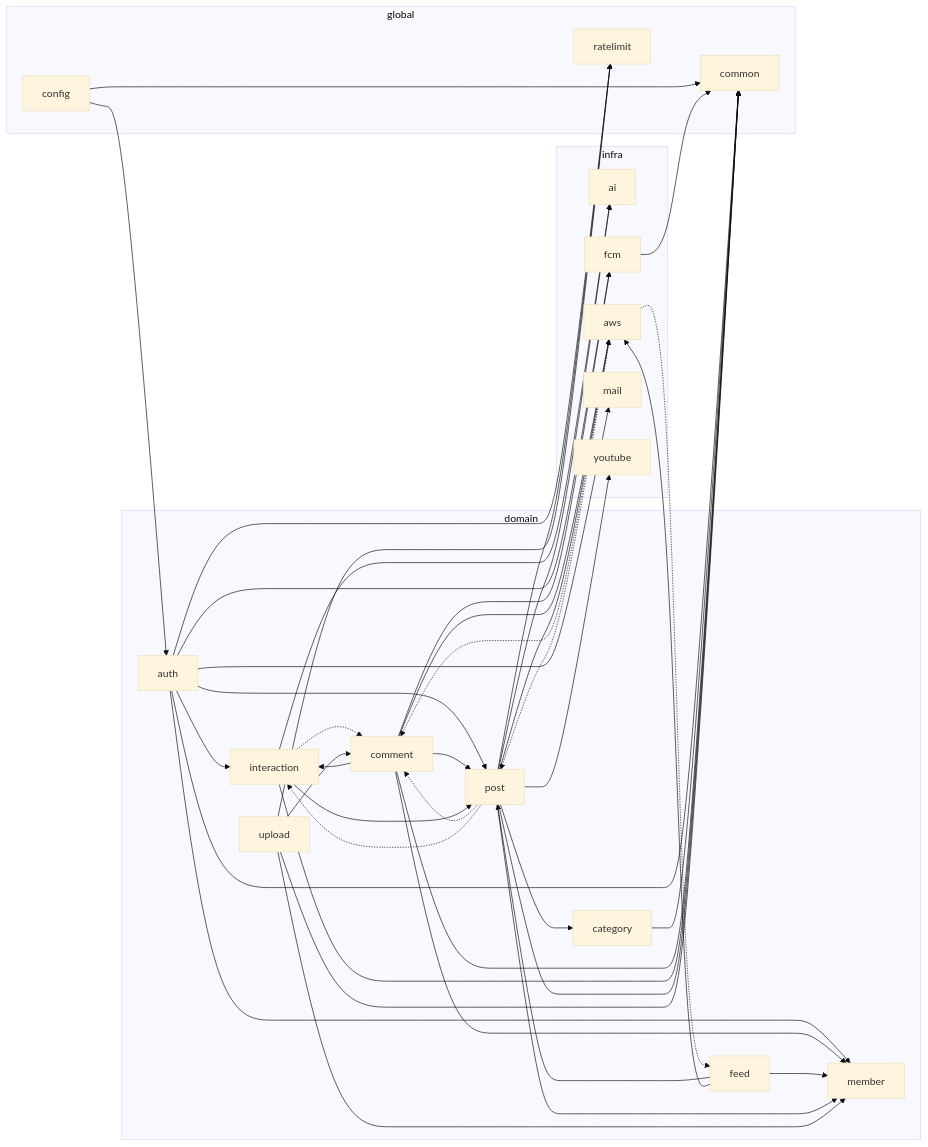
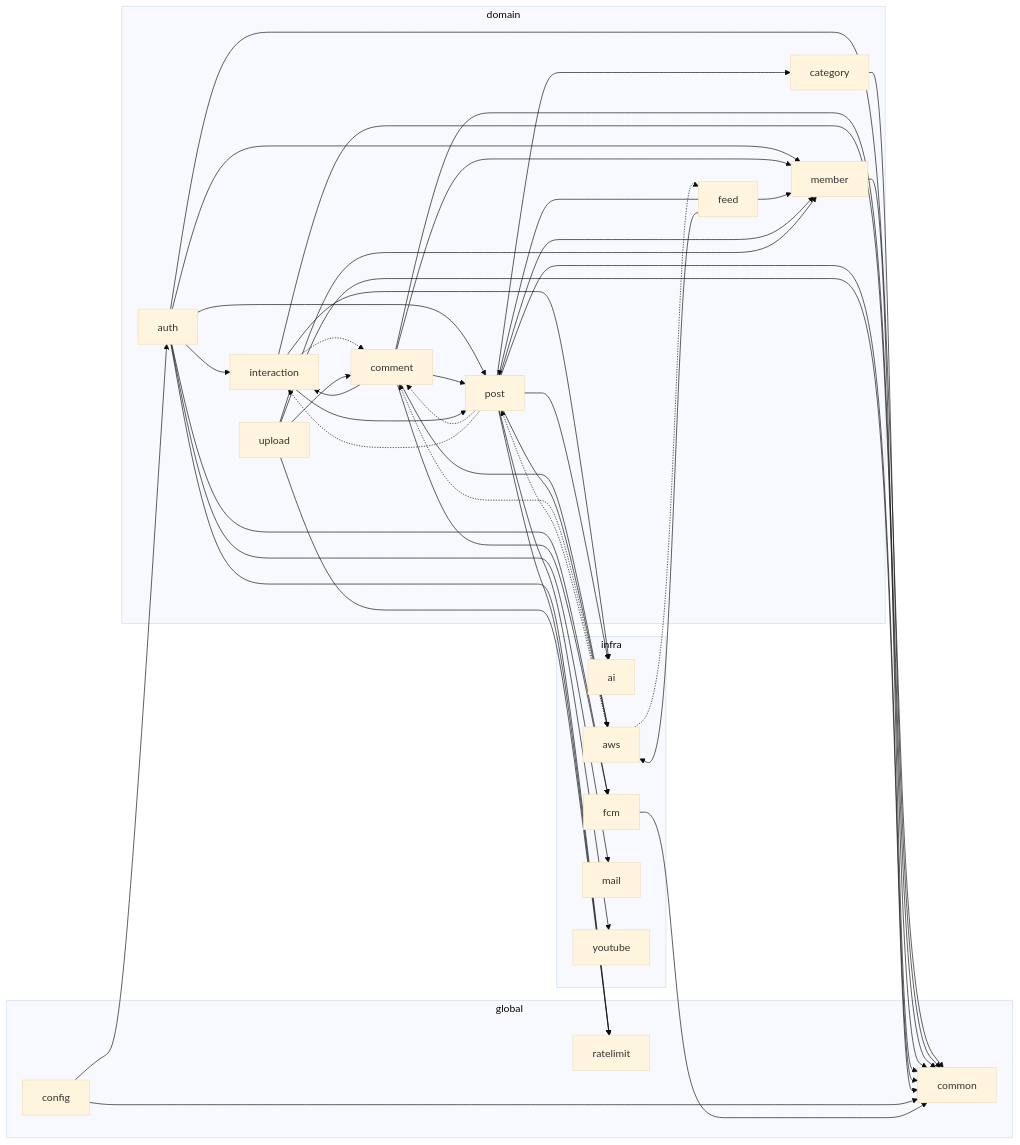
The second of 4 diagrams in docs/BE-ARCHITECTURE.md (BAECHAN/link-sphere_BE_NEW), drawn with Mermaid (base theme) before and after one commit. The commit also changed 13 other files, not shown here.

````diff
--- a/docs/BE-ARCHITECTURE.md
+++ b/docs/BE-ARCHITECTURE.md
@@ -85,65 +85,66 @@
 ```mermaid
 flowchart LR
   subgraph domain
     domain_auth["auth"]
     domain_category["category"]
     domain_comment["comment"]
     domain_feed["feed"]
     domain_interaction["interaction"]
     domain_member["member"]
     domain_post["post"]
     domain_upload["upload"]
   end
   subgraph global
     global_common["common"]
     global_config["config"]
     global_ratelimit["ratelimit"]
   end
   subgraph infra
     infra_ai["ai"]
     infra_aws["aws"]
     infra_fcm["fcm"]
     infra_mail["mail"]
     infra_youtube["youtube"]
   end
   domain_auth --> domain_interaction
   domain_auth --> domain_member
   domain_auth --> domain_post
   domain_auth --> global_common
   domain_auth --> global_ratelimit
   domain_auth --> infra_fcm
   domain_auth --> infra_mail
   domain_category --> global_common
   domain_comment --> domain_interaction
   domain_comment --> domain_member
   domain_comment --> domain_post
   domain_comment --> global_common
   domain_comment --> infra_aws
   domain_comment --> infra_fcm
   domain_feed --> domain_member
   domain_feed --> domain_post
   domain_feed --> infra_aws
   domain_interaction -.-> domain_comment
   domain_interaction --> domain_post
   domain_interaction --> global_common
   domain_interaction --> infra_ai
+  domain_member --> global_common
   domain_post --> domain_category
   domain_post -.-> domain_comment
   domain_post -.-> domain_interaction
   domain_post --> domain_member
   domain_post --> global_common
   domain_post --> global_ratelimit
   domain_post --> infra_ai
   domain_post --> infra_aws
   domain_post --> infra_youtube
   domain_upload --> domain_comment
   domain_upload --> domain_member
   domain_upload --> global_common
   domain_upload --> global_ratelimit
   global_config --> domain_auth
   global_config --> global_common
   infra_aws -.-> domain_comment
   infra_aws -.-> domain_feed
   infra_aws -.-> domain_post
   infra_fcm --> global_common
 ```
````
